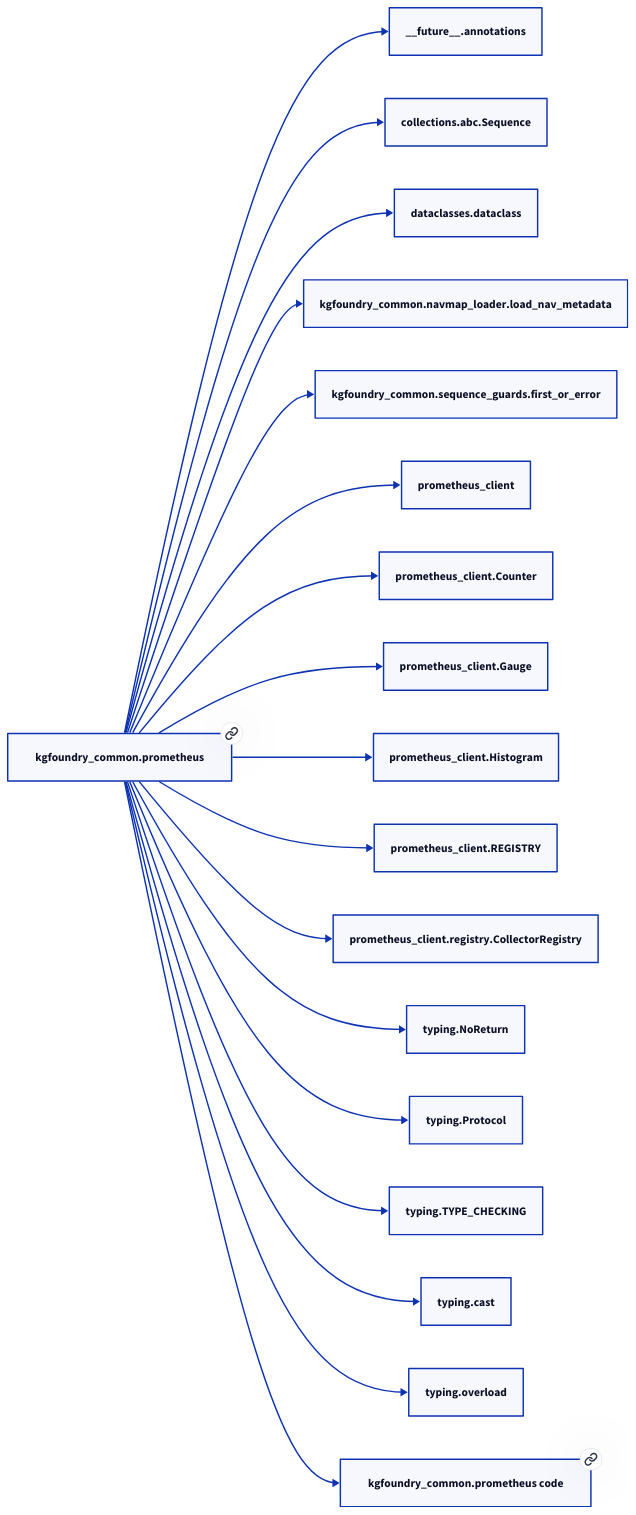
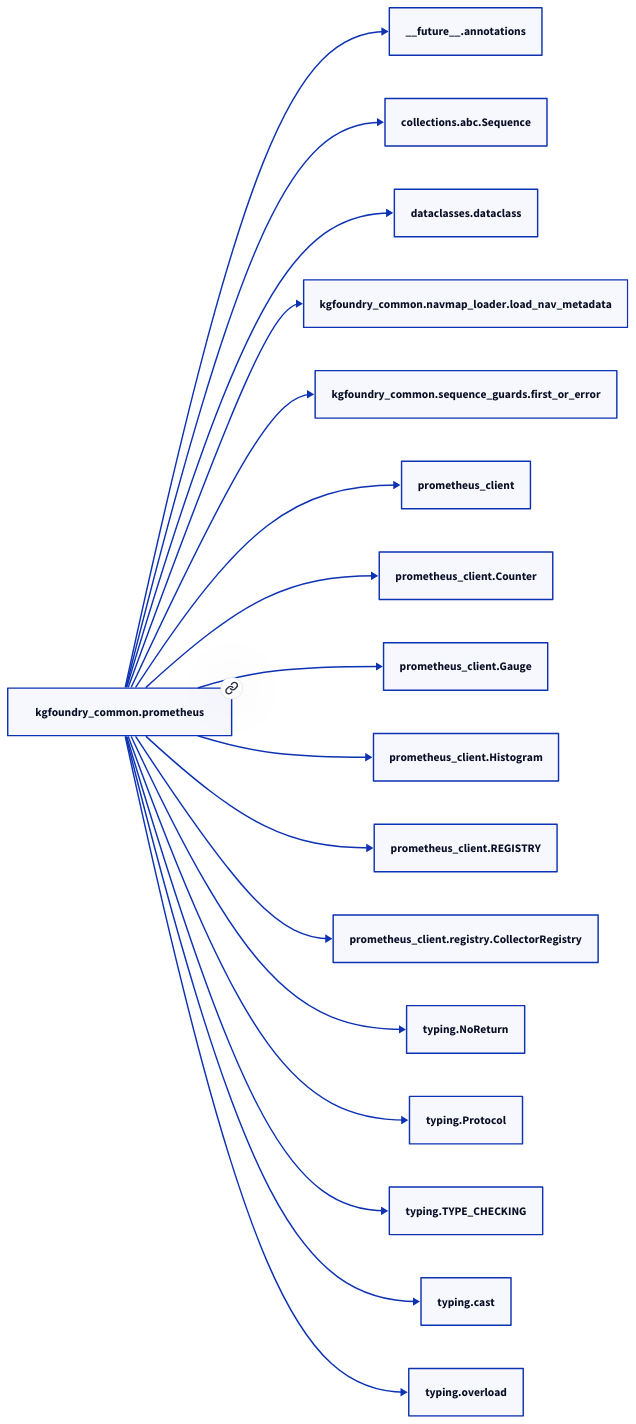
One commit to paul-heyse/kgforge changed the second of 2 diagrams in docs/modules/kgfoundry_common/prometheus.md. Above: the diagram before and after it, drawn with D2. The commit also changed other lines of this file and 118 other files, not shown here.

````diff
--- a/docs/modules/kgfoundry_common/prometheus.md
+++ b/docs/modules/kgfoundry_common/prometheus.md
@@ -154,38 +152,36 @@
 ```d2
 direction: right
-"kgfoundry_common.prometheus": "kgfoundry_common.prometheus" { link: "./kgfoundry_common/prometheus.md" }
+"kgfoundry_common.prometheus": "kgfoundry_common.prometheus" { link: "prometheus.md" }
 "__future__.annotations": "__future__.annotations"
 "kgfoundry_common.prometheus" -> "__future__.annotations"
 "collections.abc.Sequence": "collections.abc.Sequence"
 "kgfoundry_common.prometheus" -> "collections.abc.Sequence"
 "dataclasses.dataclass": "dataclasses.dataclass"
 "kgfoundry_common.prometheus" -> "dataclasses.dataclass"
 "kgfoundry_common.navmap_loader.load_nav_metadata": "kgfoundry_common.navmap_loader.load_nav_metadata"
 "kgfoundry_common.prometheus" -> "kgfoundry_common.navmap_loader.load_nav_metadata"
 "kgfoundry_common.sequence_guards.first_or_error": "kgfoundry_common.sequence_guards.first_or_error"
 "kgfoundry_common.prometheus" -> "kgfoundry_common.sequence_guards.first_or_error"
 "prometheus_client": "prometheus_client"
 "kgfoundry_common.prometheus" -> "prometheus_client"
 "prometheus_client.Counter": "prometheus_client.Counter"
 "kgfoundry_common.prometheus" -> "prometheus_client.Counter"
 "prometheus_client.Gauge": "prometheus_client.Gauge"
 "kgfoundry_common.prometheus" -> "prometheus_client.Gauge"
 "prometheus_client.Histogram": "prometheus_client.Histogram"
 "kgfoundry_common.prometheus" -> "prometheus_client.Histogram"
 "prometheus_client.REGISTRY": "prometheus_client.REGISTRY"
 "kgfoundry_common.prometheus" -> "prometheus_client.REGISTRY"
 "prometheus_client.registry.CollectorRegistry": "prometheus_client.registry.CollectorRegistry"
 "kgfoundry_common.prometheus" -> "prometheus_client.registry.CollectorRegistry"
 "typing.NoReturn": "typing.NoReturn"
 "kgfoundry_common.prometheus" -> "typing.NoReturn"
 "typing.Protocol": "typing.Protocol"
 "kgfoundry_common.prometheus" -> "typing.Protocol"
 "typing.TYPE_CHECKING": "typing.TYPE_CHECKING"
 "kgfoundry_common.prometheus" -> "typing.TYPE_CHECKING"
 "typing.cast": "typing.cast"
 "kgfoundry_common.prometheus" -> "typing.cast"
 "typing.overload": "typing.overload"
 "kgfoundry_common.prometheus" -> "typing.overload"
-"kgfoundry_common.prometheus_code": "kgfoundry_common.prometheus code" { link: "https://github.com/kgfoundry/kgfoundry/blob/main/src/kgfoundry_common/prometheus.py" }
-"kgfoundry_common.prometheus" -> "kgfoundry_common.prometheus_code" { style: dashed }
 ```
````
